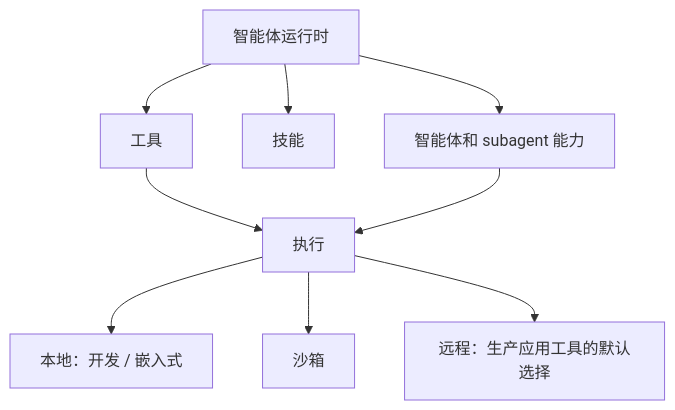
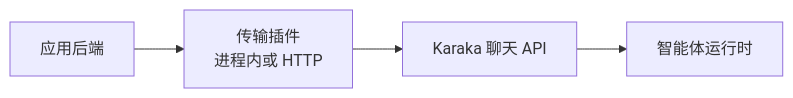
One commit to karaka-ai/karaka changed the fifth of 6 diagrams in docs/architecture.zh.md. Above: the diagram before and after it, drawn with Mermaid. The commit also changed other lines of this file and 2 other files, not shown here.

Commit message:
docs: replace execution with transport seam

````diff
--- a/docs/architecture.zh.md
+++ b/docs/architecture.zh.md
@@ -367,12 +359,11 @@
 ```mermaid
-flowchart TB
+flowchart LR
+  Application["应用后端"]
+  Transport["传输插件<br/>进程内或 HTTP"]
+  Chat["Karaka 聊天 API"]
   Runtime["智能体运行时"]
-  Runtime --> ToolCapability["工具"]
-  Runtime --> SkillCapability["技能"]
-  Runtime --> AgentCapability["智能体和 subagent 能力"]
-  ToolCapability --> Execution["执行"]
-  AgentCapability --> Execution
-  Execution --> InProcess["本地：开发 / 嵌入式"]
-  Execution --> Sandbox["沙箱"]
-  Execution --> RemoteExecution["远程：生产应用工具的默认选择"]
+
+  Application --> Transport
+  Transport --> Chat
+  Chat --> Runtime
 ```
````
